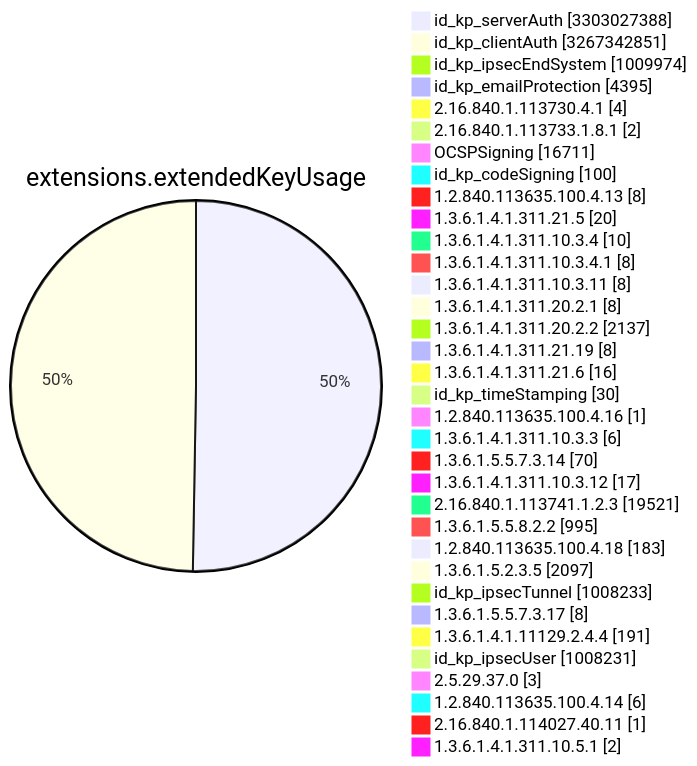
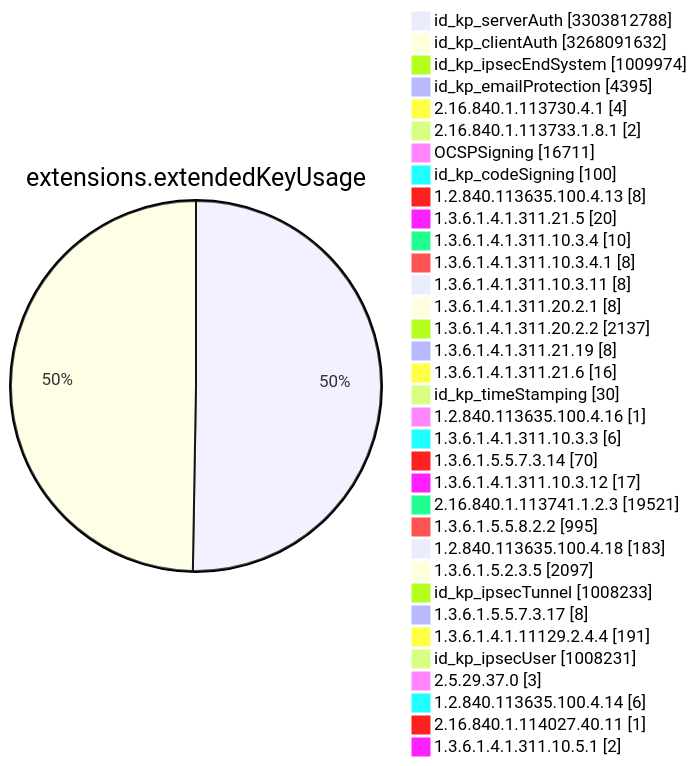
Before and after one commit to christiankrug/ctmonitor_visualization: diagram 11 of 15 in TOTAL/README.md, drawn with Mermaid. The commit also changed other lines of this file, not shown here.

````diff
--- a/TOTAL/README.md
+++ b/TOTAL/README.md
@@ -4120,38 +4120,38 @@
 ```mermaid
 pie showData
 title extensions.extendedKeyUsage
-"id_kp_serverAuth" :3303027388
-"id_kp_clientAuth" :3267342851
+"id_kp_serverAuth" :3303812788
+"id_kp_clientAuth" :3268091632
 "id_kp_ipsecEndSystem" :1009974
 "id_kp_emailProtection" :4395
 "2.16.840.1.113730.4.1" :4
 "2.16.840.1.113733.1.8.1" :2
 "OCSPSigning" :16711
 "id_kp_codeSigning" :100
 "1.2.840.113635.100.4.13" :8
 "1.3.6.1.4.1.311.21.5" :20
 "1.3.6.1.4.1.311.10.3.4" :10
 "1.3.6.1.4.1.311.10.3.4.1" :8
 "1.3.6.1.4.1.311.10.3.11" :8
 "1.3.6.1.4.1.311.20.2.1" :8
 "1.3.6.1.4.1.311.20.2.2" :2137
 "1.3.6.1.4.1.311.21.19" :8
 "1.3.6.1.4.1.311.21.6" :16
 "id_kp_timeStamping" :30
 "1.2.840.113635.100.4.16" :1
 "1.3.6.1.4.1.311.10.3.3" :6
 "1.3.6.1.5.5.7.3.14" :70
 "1.3.6.1.4.1.311.10.3.12" :17
 "2.16.840.1.113741.1.2.3" :19521
 "1.3.6.1.5.5.8.2.2" :995
 "1.2.840.113635.100.4.18" :183
 "1.3.6.1.5.2.3.5" :2097
 "id_kp_ipsecTunnel" :1008233
 "1.3.6.1.5.5.7.3.17" :8
 "1.3.6.1.4.1.11129.2.4.4" :191
 "id_kp_ipsecUser" :1008231
 "2.5.29.37.0" :3
 "1.2.840.113635.100.4.14" :6
 "2.16.840.1.114027.40.11" :1
 "1.3.6.1.4.1.311.10.5.1" :2
 ```
````
